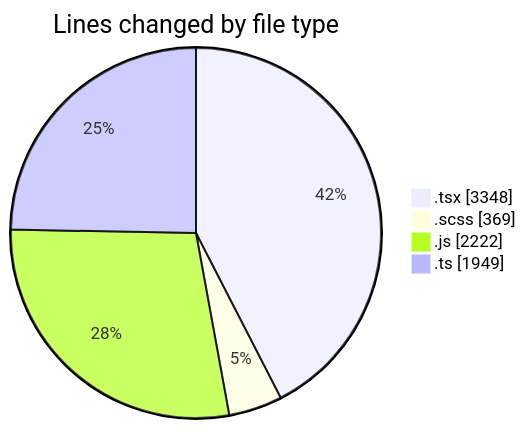
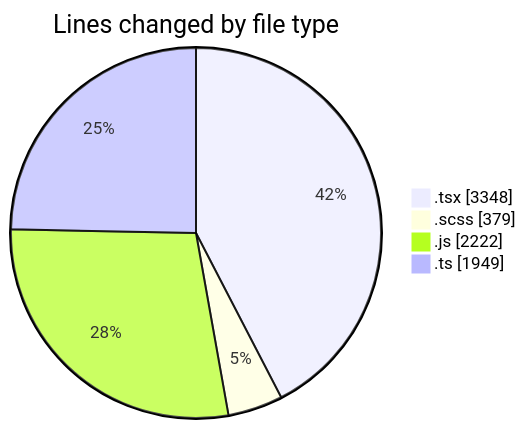
One commit to momahboobian/code-tracking changed the first of 2 diagrams in 2026-06-17/cda/README.md. Above: the diagram before and after it, drawn with Mermaid. The commit also changed other lines of this file and 1 other file, not shown here.

````diff
--- a/2026-06-17/cda/README.md
+++ b/2026-06-17/cda/README.md
@@ -51,8 +51,8 @@
 ```mermaid
 pie showData
 title Lines changed by file type
 ".tsx" : 3348
-".scss" : 369
+".scss" : 379
 ".js" : 2222
 ".ts" : 1949
 ```
````
